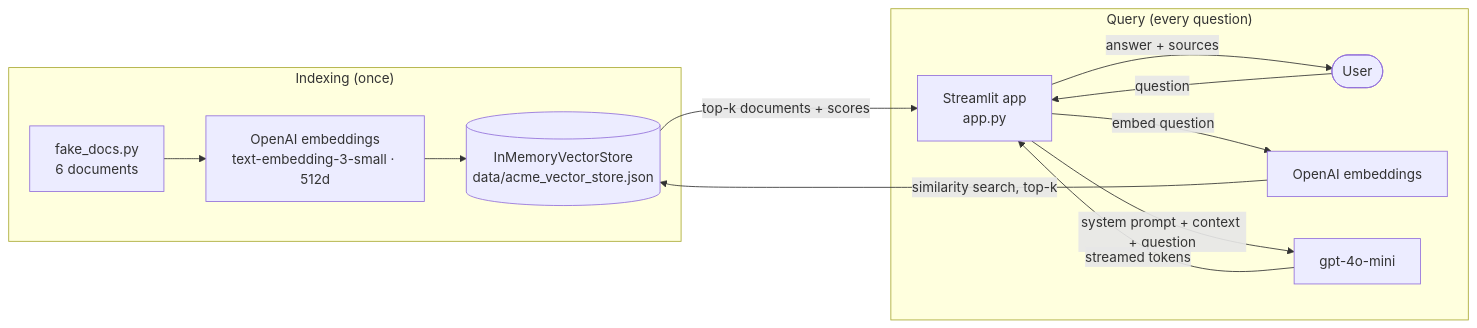
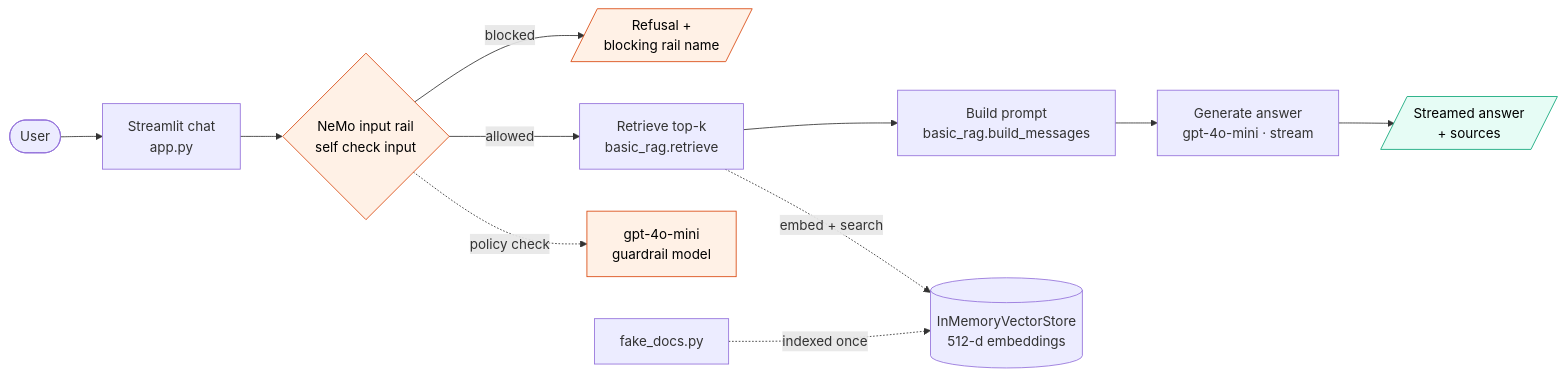
Before and after one commit to dhanushkapg/AI-Security-Project: the first of 6 diagrams in docs/SYSTEM_DOCUMENTATION.md, drawn with Mermaid. The commit also changed other lines of this file and 2 other files, not shown here.

Commit message:
GuardRailDocument commit

````diff
--- a/docs/SYSTEM_DOCUMENTATION.md
+++ b/docs/SYSTEM_DOCUMENTATION.md
@@ -29,17 +33,19 @@
 ```mermaid
 flowchart LR
-    subgraph Offline["Indexing (once)"]
-        D[fake_docs.py<br/>6 documents] --> E1[OpenAI embeddings<br/>text-embedding-3-small · 512d]
-        E1 --> VS[(InMemoryVectorStore<br/>data/acme_vector_store.json)]
-    end
+    U([User]) --> UI[Streamlit chat<br/>app.py]
+    UI --> G{NeMo input rail<br/>self check input}
+    G -- blocked --> X[/Refusal +<br/>blocking rail name/]
+    G -- allowed --> R[Retrieve top-k<br/>basic_rag.retrieve]
+    R --> P[Build prompt<br/>basic_rag.build_messages]
+    P --> L[Generate answer<br/>gpt-4o-mini · stream]
+    L --> A[/Streamed answer<br/>+ sources/]
 
-    subgraph Online["Query (every question)"]
-        U([User]) -->|question| UI[Streamlit app<br/>app.py]
-        UI -->|embed question| E2[OpenAI embeddings]
-        E2 -->|similarity search, top-k| VS
-        VS -->|top-k documents + scores| UI
-        UI -->|system prompt + context + question| LLM[gpt-4o-mini]
-        LLM -->|streamed tokens| UI
-        UI -->|answer + sources| U
-    end
+    G -. policy check .-> GL[gpt-4o-mini<br/>guardrail model]
+    R -. embed + search .-> VS[(InMemoryVectorStore<br/>512-d embeddings)]
+    D[fake_docs.py] -. indexed once .-> VS
+
+    classDef guard fill:#fff1e6,stroke:#d9480f,color:#000
+    classDef out fill:#e6fcf5,stroke:#0ca678,color:#000
+    class G,GL,X guard
+    class A out
 ```
````
